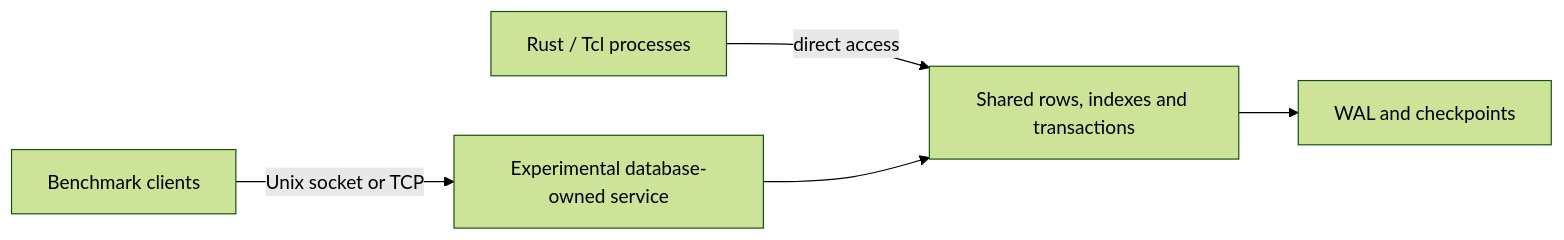
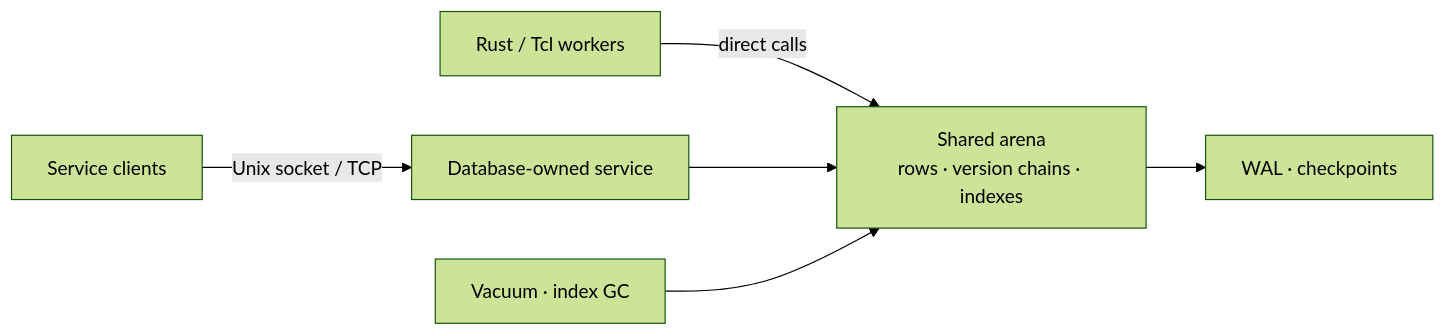
Before and after one commit to zpconn/aerostore: the diagram in README.md, drawn with Mermaid (forest theme). The commit also changed other lines of this file and 14 other files, not shown here.

````diff
--- a/README.md
+++ b/README.md
@@ -37,7 +80,7 @@
 ```mermaid
 flowchart LR
-    A["Rust / Tcl processes"] -->|direct access| E["Shared rows, indexes and transactions"]
-    B["Benchmark clients"] -->|Unix socket or TCP| S["Experimental database-owned service"]
-    S --> E
-    E --> W["WAL and checkpoints"]
+    A["Rust / Tcl workers"] -->|"direct calls"| E["Shared arena<br/>rows · version chains · indexes"]
+    B["Service clients"] -->|"Unix socket / TCP"| S["Database-owned service"] --> E
+    E --> W["WAL · checkpoints"]
+    V["Vacuum · index GC"] --> E
 ```
````
